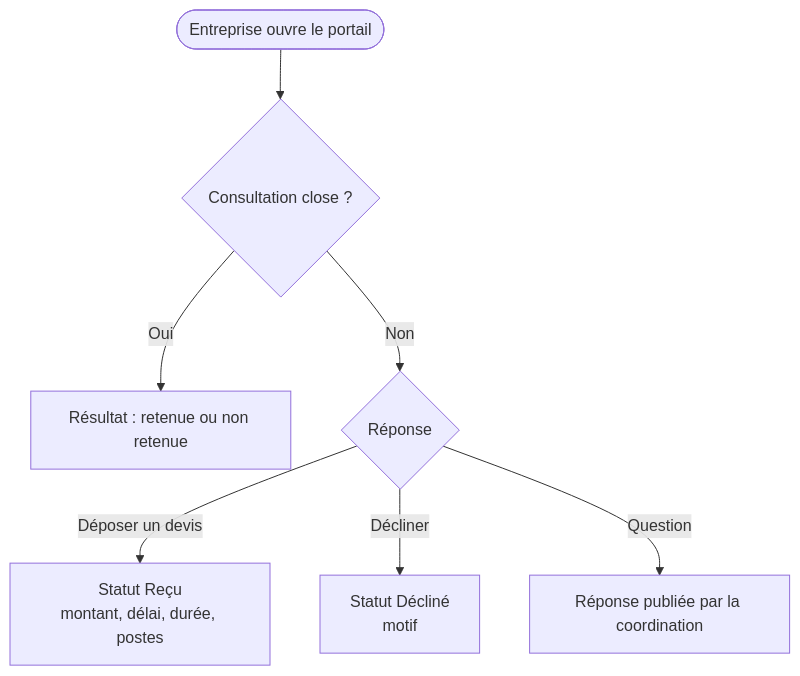
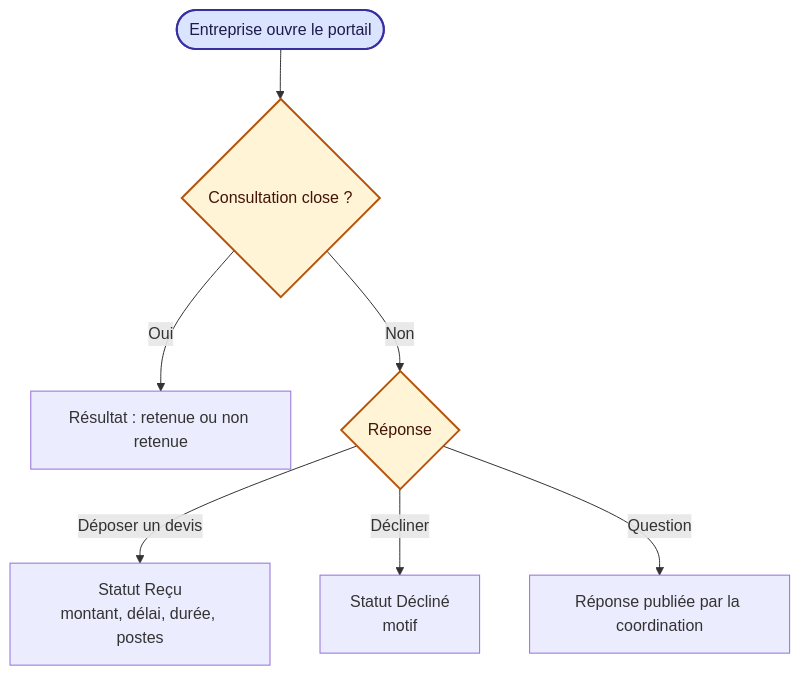
One commit to Mogot77/Application_Gestion_Travaux changed the second of 5 diagrams in docs/organigrammes/06-consultation-devis.md. Above: the diagram before and after it, drawn with Mermaid. The commit also changed other lines of this file and 32 other files, not shown here.

Commit message:
docs: rework flowcharts for readability (colors, larger text, split long diagrams, recent rules)

````diff
--- a/docs/organigrammes/06-consultation-devis.md
+++ b/docs/organigrammes/06-consultation-devis.md
@@ -37,9 +45,16 @@
 ```mermaid
 flowchart TD
     A([Entreprise ouvre le portail]) --> B{Consultation close ?}
     B -- Oui --> B1[Résultat : retenue ou non retenue]
     B -- Non --> C{Réponse}
     C -- "Déposer un devis" --> D[Statut Reçu<br/>montant, délai, durée, postes]
     C -- "Décliner" --> E[Statut Décliné<br/>motif]
     C -- "Question" --> F[Réponse publiée par la coordination]
+    %% styles communs
+    classDef dec fill:#fff4d6,stroke:#b45309,stroke-width:2px,color:#431407
+    classDef term fill:#dbe4ff,stroke:#3730a3,stroke-width:2px,color:#1e1b4b
+    classDef err fill:#fde2e2,stroke:#b91c1c,stroke-width:2px,color:#450a0a
+    classDef ok fill:#dcfce7,stroke:#15803d,stroke-width:2px,color:#052e16
+    class B,C dec
+    class A term
 ```
````
